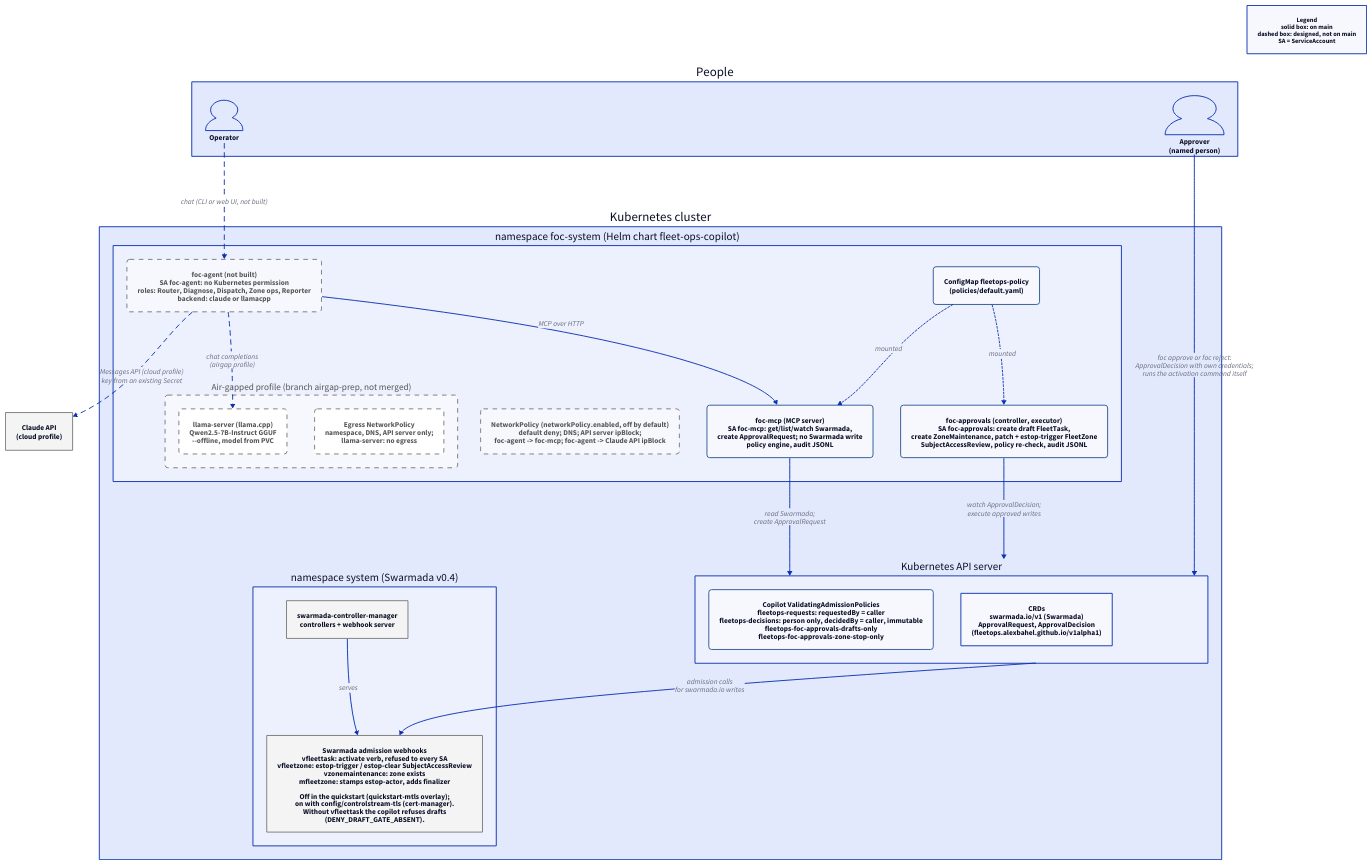
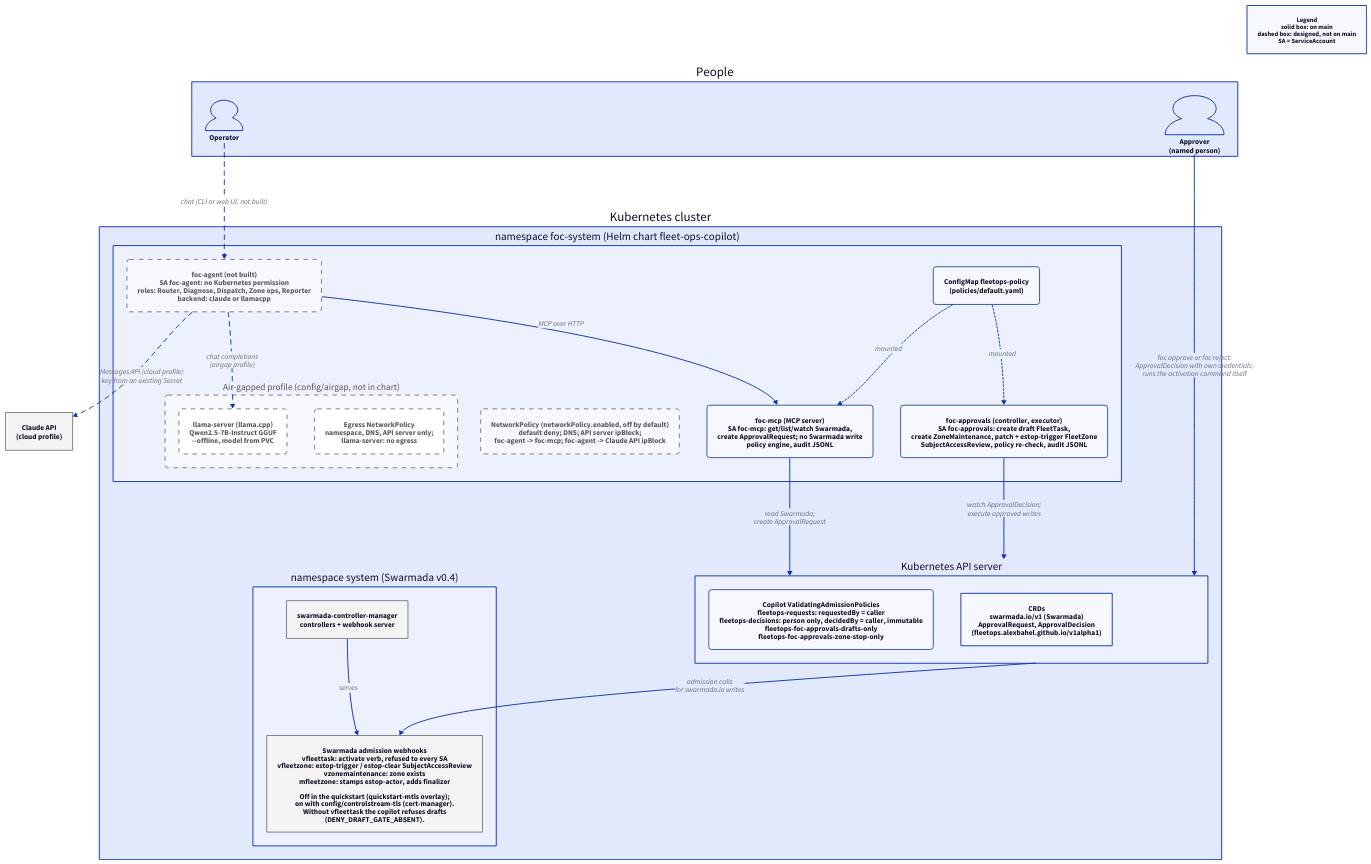
One commit to AlexBahel/fleet-ops-copilot changed the diagram in docs/architecture/components.d2. Above: the diagram before and after it, drawn with D2. The commit also changed 6 other files, not shown here.

First line of the commit message:
docs, chart: the air-gapped profile is on main as plain manifests, not on a branch

```diff
--- a/docs/architecture/components.d2
+++ b/docs/architecture/components.d2
@@ -1,65 +1,65 @@
 # Fleet Ops Copilot: processes, ServiceAccounts, model profiles, Swarmada webhooks.
 # Source for components.svg; render with `d2 --layout elk components.d2 components.svg`
 # (see README.md in this directory). Solid boxes are on main; dashed boxes are
 # designed (docs/DESIGN.md) but not on main.
 
 direction: down
 
 classes: {
   built: {style: {stroke: "#2b5797"; stroke-width: 2; border-radius: 6}}
   planned: {style: {stroke: "#7a7a7a"; stroke-dash: 5; border-radius: 6; font-color: "#555555"}}
   person: {shape: person}
   external: {style: {stroke: "#7a7a7a"; fill: "#f4f4f4"}}
 }
 
 legend: "Legend\nsolid box: on main\ndashed box: designed, not on main\nSA = ServiceAccount" {
   near: top-right
   style: {font-size: 14}
 }
 
 people: People {
   operator: Operator {class: person}
   approver: "Approver\n(named person)" {class: person}
 }
 
 claude_api: "Claude API\n(cloud profile)" {class: external}
 
 cluster: Kubernetes cluster {
   foc: "namespace foc-system (Helm chart fleet-ops-copilot)" {
     agent: "foc-agent (not built)\nSA foc-agent: no Kubernetes permission\nroles: Router, Diagnose, Dispatch, Zone ops, Reporter\nbackend: claude or llamacpp" {class: planned}
     mcp: "foc-mcp (MCP server)\nSA foc-mcp: get/list/watch Swarmada,\ncreate ApprovalRequest; no Swarmada write\npolicy engine, audit JSONL" {class: built}
     approvals: "foc-approvals (controller, executor)\nSA foc-approvals: create draft FleetTask,\ncreate ZoneMaintenance, patch + estop-trigger FleetZone\nSubjectAccessReview, policy re-check, audit JSONL" {class: built}
     policy: "ConfigMap fleetops-policy\n(policies/default.yaml)" {class: built}
     netpol: "NetworkPolicy (networkPolicy.enabled, off by default)\ndefault deny; DNS; API server ipBlock;\nfoc-agent -> foc-mcp; foc-agent -> Claude API ipBlock" {class: planned}
 
-    airgap: "Air-gapped profile (branch airgap-prep, not merged)" {
+    airgap: "Air-gapped profile (config/airgap, not in chart)" {
       class: planned
       llama: "llama-server (llama.cpp)\nQwen2.5-7B-Instruct GGUF\n--offline, model from PVC" {class: planned}
       egress: "Egress NetworkPolicy\nnamespace, DNS, API server only;\nllama-server: no egress" {class: planned}
     }
 
     agent -> mcp: "MCP over HTTP"
     agent -> airgap.llama: "chat completions\n(airgap profile)" {style.stroke-dash: 5}
     policy -> mcp: mounted {style.stroke-dash: 2}
     policy -> approvals: mounted {style.stroke-dash: 2}
   }
 
   apiserver: "Kubernetes API server" {
     vap: "Copilot ValidatingAdmissionPolicies\nfleetops-requests: requestedBy = caller\nfleetops-decisions: person only, decidedBy = caller, immutable\nfleetops-foc-approvals-drafts-only\nfleetops-foc-approvals-zone-stop-only" {class: built}
     crds: "CRDs\nswarmada.io/v1 (Swarmada)\nApprovalRequest, ApprovalDecision\n(fleetops.alexbahel.github.io/v1alpha1)"
   }
 
   swarmada: "namespace system (Swarmada v0.4)" {
     manager: "swarmada-controller-manager\ncontrollers + webhook server" {class: external}
     webhooks: "Swarmada admission webhooks\nvfleettask: activate verb, refused to every SA\nvfleetzone: estop-trigger / estop-clear SubjectAccessReview\nvzonemaintenance: zone exists\nmfleetzone: stamps estop-actor, adds finalizer\n\nOff in the quickstart (quickstart-mtls overlay);\non with config/controlstream-tls (cert-manager).\nWithout vfleettask the copilot refuses drafts\n(DENY_DRAFT_GATE_ABSENT)." {class: external}
     manager -> webhooks: serves
   }
 
   foc.mcp -> apiserver: "read Swarmada;\ncreate ApprovalRequest"
   foc.approvals -> apiserver: "watch ApprovalDecision;\nexecute approved writes"
   apiserver -> swarmada.webhooks: "admission calls\nfor swarmada.io writes"
 }
 
 people.operator -> cluster.foc.agent: "chat (CLI or web UI, not built)" {style.stroke-dash: 5}
 cluster.foc.agent -> claude_api: "Messages API (cloud profile)\nkey from an existing Secret" {style.stroke-dash: 5}
 people.approver -> cluster.apiserver: "foc approve or foc reject:\nApprovalDecision with own credentials;\nruns the activation command itself"
```
